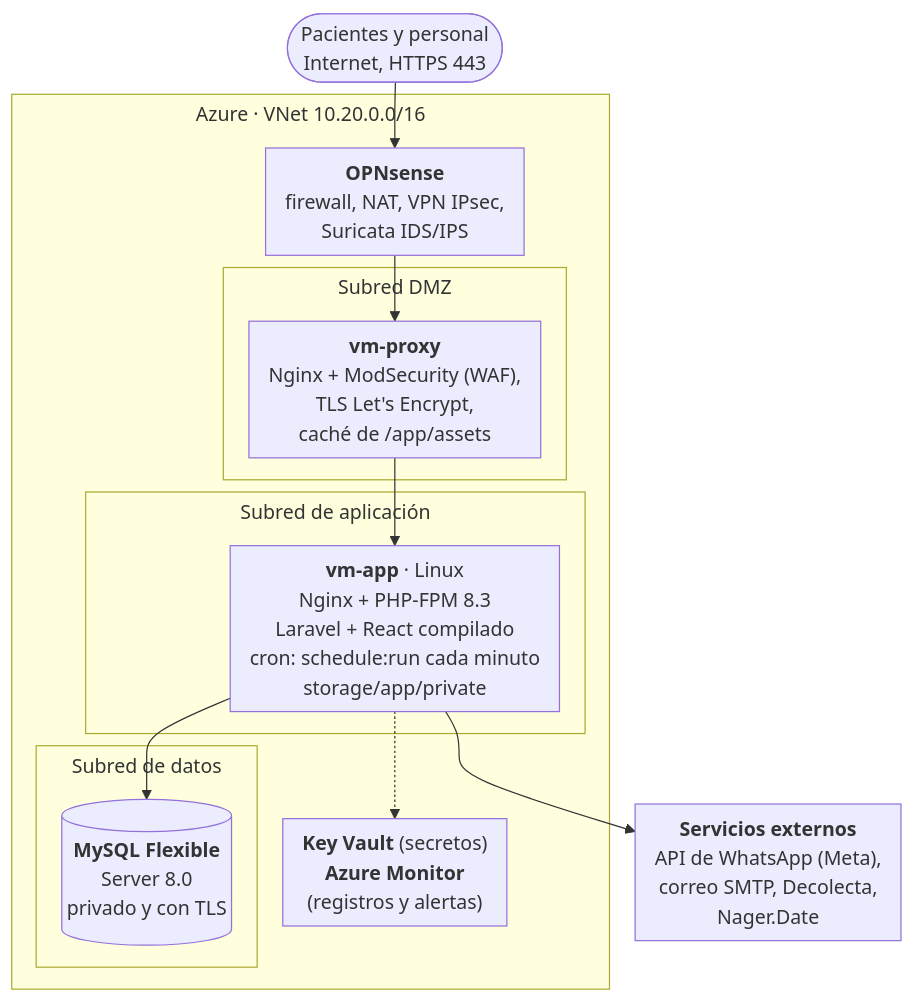
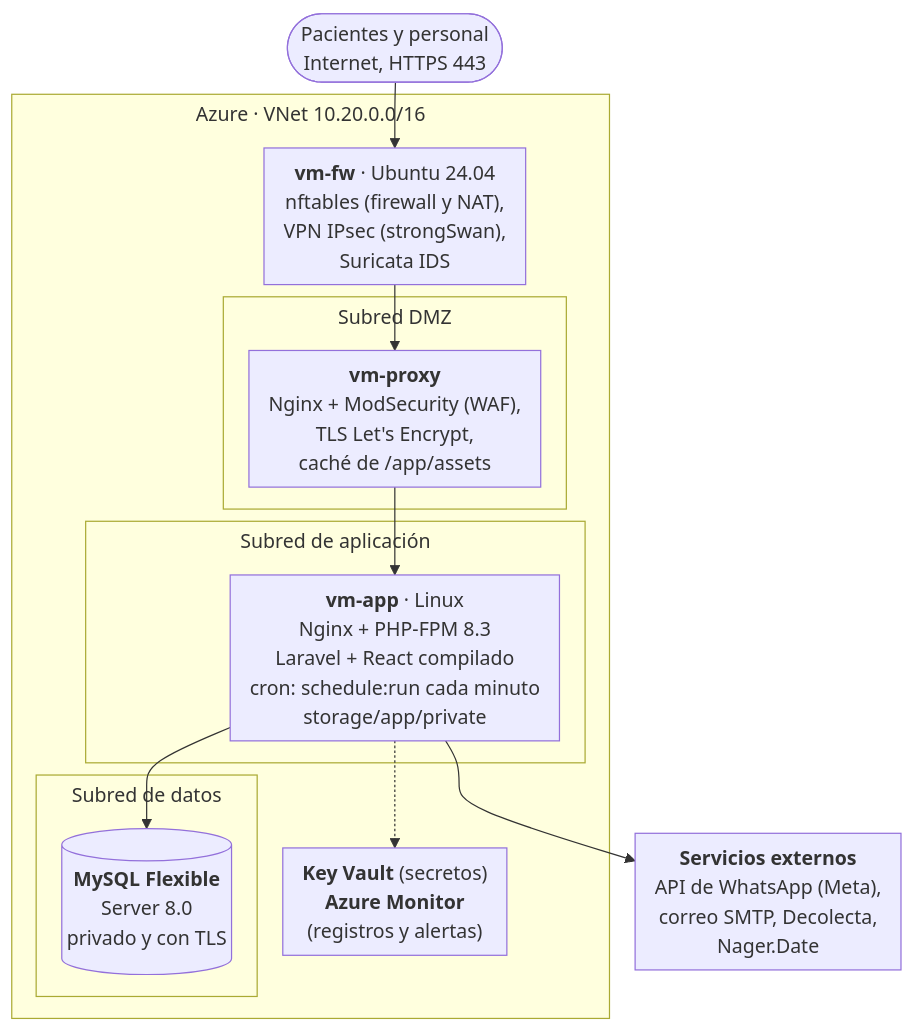
One commit to francalizaya266-sudo/venga-implantes changed the diagram in docs/entregables/E1-requerimientos-y-diseno/diagramas/despliegue-azure.mmd. Above: the diagram before and after it, drawn with Mermaid. The commit also changed 8 other files, not shown here.

```diff
--- a/docs/entregables/E1-requerimientos-y-diseno/diagramas/despliegue-azure.mmd
+++ b/docs/entregables/E1-requerimientos-y-diseno/diagramas/despliegue-azure.mmd
@@ -1,21 +1,21 @@
 %%{init: {"flowchart": {"nodeSpacing": 22, "rankSpacing": 36, "padding": 8, "subGraphTitleMargin": {"top": 4, "bottom": 22}, "wrappingWidth": 400}}}%%
 flowchart TB
   usr(["Pacientes y personal<br/>Internet, HTTPS 443"])
   subgraph az["Azure · VNet 10.20.0.0/16"]
-    fw["<b>OPNsense</b><br/>firewall, NAT, VPN IPsec,<br/>Suricata IDS/IPS"]
+    fw["<b>vm-fw</b> · Ubuntu 24.04<br/>nftables (firewall y NAT),<br/>VPN IPsec (strongSwan),<br/>Suricata IDS"]
     subgraph dmz["Subred DMZ"]
       px["<b>vm-proxy</b><br/>Nginx + ModSecurity (WAF),<br/>TLS Let's Encrypt,<br/>caché de /app/assets"]
     end
     subgraph snapp["Subred de aplicación"]
       va["<b>vm-app</b> · Linux<br/>Nginx + PHP-FPM 8.3<br/>Laravel + React compilado<br/>cron: schedule:run cada minuto<br/>storage/app/private"]
     end
     subgraph snd["Subred de datos"]
       my[("<b>MySQL Flexible</b><br/>Server 8.0<br/>privado y con TLS")]
     end
     ops["<b>Key Vault</b> (secretos)<br/><b>Azure Monitor</b><br/>(registros y alertas)"]
   end
   ext["<b>Servicios externos</b><br/>API de WhatsApp (Meta),<br/>correo SMTP, Decolecta,<br/>Nager.Date"]
   usr --> fw --> px --> va
   va --> my
   va -.-> ops
   va --> ext
```
